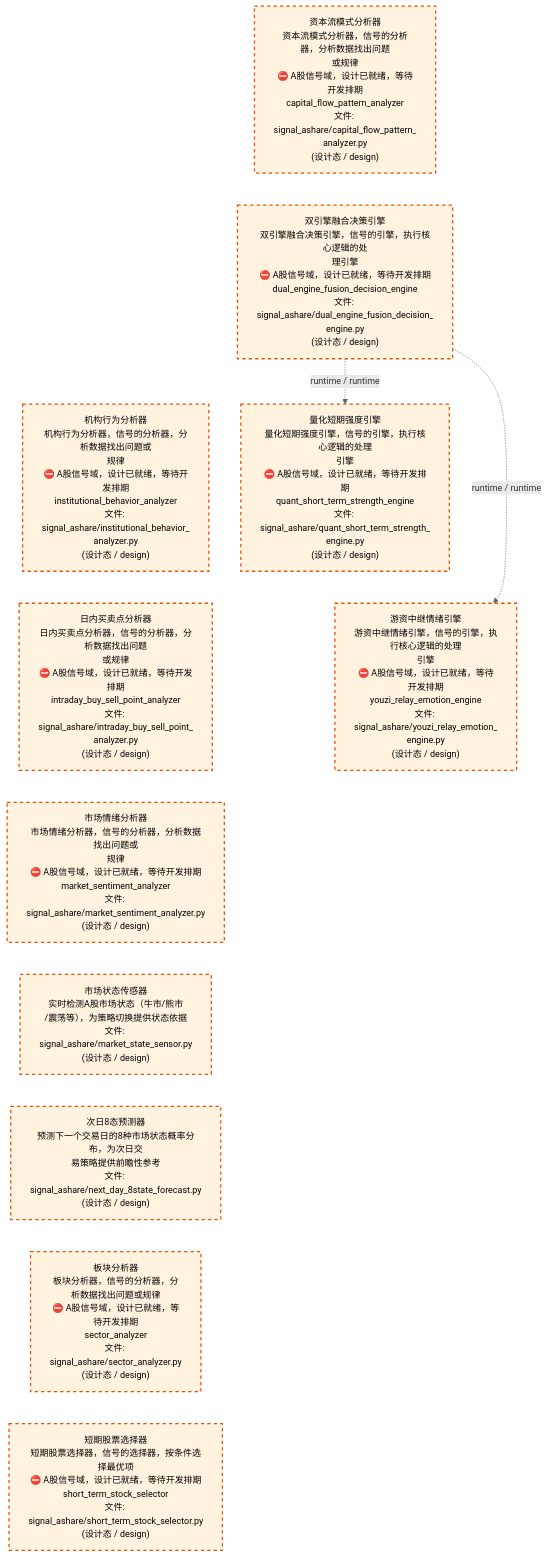
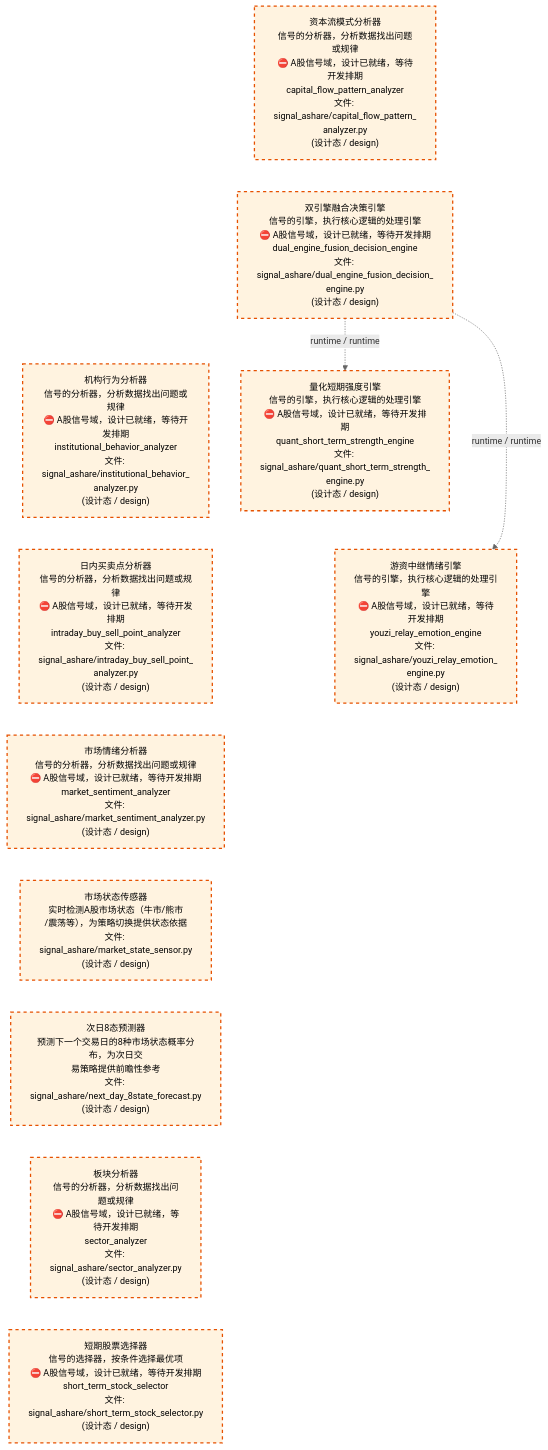
One commit to xuanFelixVan/ZephyrAlpha changed the third of 4 diagrams in docs/02_enterprise_architecture/02_domain_architecture_docs/32_d_ashare_signal.md. Above: the diagram before and after it, drawn with Mermaid. The commit also changed other lines of this file and 60 other files, not shown here.

````diff
--- a/docs/02_enterprise_architecture/02_domain_architecture_docs/32_d_ashare_signal.md
+++ b/docs/02_enterprise_architecture/02_domain_architecture_docs/32_d_ashare_signal.md
@@ -134,31 +134,31 @@
 ```mermaid
 %%{init: {'theme': 'base', 'themeVariables': {'primaryColor': '#eaeaea', 'primaryTextColor': '#333333', 'primaryBorderColor': '#666666', 'lineColor': '#666666', 'secondaryColor': '#eaeaea', 'tertiaryColor': '#eaeaea', 'fontSize': '14px'}}}%%
 flowchart TD
-    src_zephyr_signal_ashare_capital_flow_pattern_analyzer_py["资本流模式分析器<br/>资本流模式分析器，信号的分析器，分析数据找出问题<br/>或规律<br/>⛔ A股信号域，设计已就绪，等待开发排期<br/>capital_flow_pattern_analyzer<br/>文件: signal_ashare/capital_flow_pattern_<br/>analyzer.py<br/>(设计态 / design)"]
-    src_zephyr_signal_ashare_dual_engine_fusion_decision_engine_py["双引擎融合决策引擎<br/>双引擎融合决策引擎，信号的引擎，执行核心逻辑的处<br/>理引擎<br/>⛔ A股信号域，设计已就绪，等待开发排期<br/>dual_engine_fusion_decision_engine<br/>文件: signal_ashare/dual_engine_fusion_decision_<br/>engine.py<br/>(设计态 / design)"]
-    src_zephyr_signal_ashare_institutional_behavior_analyzer_py["机构行为分析器<br/>机构行为分析器，信号的分析器，分析数据找出问题或<br/>规律<br/>⛔ A股信号域，设计已就绪，等待开发排期<br/>institutional_behavior_analyzer<br/>文件: signal_ashare/institutional_behavior_<br/>analyzer.py<br/>(设计态 / design)"]
-    src_zephyr_signal_ashare_intraday_buy_sell_point_analyzer_py["日内买卖点分析器<br/>日内买卖点分析器，信号的分析器，分析数据找出问题<br/>或规律<br/>⛔ A股信号域，设计已就绪，等待开发排期<br/>intraday_buy_sell_point_analyzer<br/>文件: signal_ashare/intraday_buy_sell_point_<br/>analyzer.py<br/>(设计态 / design)"]
-    src_zephyr_signal_ashare_market_sentiment_analyzer_py["市场情绪分析器<br/>市场情绪分析器，信号的分析器，分析数据找出问题或<br/>规律<br/>⛔ A股信号域，设计已就绪，等待开发排期<br/>market_sentiment_analyzer<br/>文件: signal_ashare/market_sentiment_analyzer.py<br/>(设计态 / design)"]
+    src_zephyr_signal_ashare_capital_flow_pattern_analyzer_py["资本流模式分析器<br/>信号的分析器，分析数据找出问题或规律<br/>⛔ A股信号域，设计已就绪，等待开发排期<br/>capital_flow_pattern_analyzer<br/>文件: signal_ashare/capital_flow_pattern_<br/>analyzer.py<br/>(设计态 / design)"]
+    src_zephyr_signal_ashare_dual_engine_fusion_decision_engine_py["双引擎融合决策引擎<br/>信号的引擎，执行核心逻辑的处理引擎<br/>⛔ A股信号域，设计已就绪，等待开发排期<br/>dual_engine_fusion_decision_engine<br/>文件: signal_ashare/dual_engine_fusion_decision_<br/>engine.py<br/>(设计态 / design)"]
+    src_zephyr_signal_ashare_institutional_behavior_analyzer_py["机构行为分析器<br/>信号的分析器，分析数据找出问题或规律<br/>⛔ A股信号域，设计已就绪，等待开发排期<br/>institutional_behavior_analyzer<br/>文件: signal_ashare/institutional_behavior_<br/>analyzer.py<br/>(设计态 / design)"]
+    src_zephyr_signal_ashare_intraday_buy_sell_point_analyzer_py["日内买卖点分析器<br/>信号的分析器，分析数据找出问题或规律<br/>⛔ A股信号域，设计已就绪，等待开发排期<br/>intraday_buy_sell_point_analyzer<br/>文件: signal_ashare/intraday_buy_sell_point_<br/>analyzer.py<br/>(设计态 / design)"]
+    src_zephyr_signal_ashare_market_sentiment_analyzer_py["市场情绪分析器<br/>信号的分析器，分析数据找出问题或规律<br/>⛔ A股信号域，设计已就绪，等待开发排期<br/>market_sentiment_analyzer<br/>文件: signal_ashare/market_sentiment_analyzer.py<br/>(设计态 / design)"]
     src_zephyr_signal_ashare_market_state_sensor_py["市场状态传感器<br/>实时检测A股市场状态（牛市/熊市<br/>/震荡等），为策略切换提供状态依据<br/>文件: signal_ashare/market_state_sensor.py<br/>(设计态 / design)"]
     src_zephyr_signal_ashare_next_day_8state_forecast_py["次日8态预测器<br/>预测下一个交易日的8种市场状态概率分布，为次日交<br/>易策略提供前瞻性参考<br/>文件: signal_ashare/next_day_8state_forecast.py<br/>(设计态 / design)"]
-    src_zephyr_signal_ashare_sector_analyzer_py["板块分析器<br/>板块分析器，信号的分析器，分析数据找出问题或规律<br/>⛔ A股信号域，设计已就绪，等待开发排期<br/>sector_analyzer<br/>文件: signal_ashare/sector_analyzer.py<br/>(设计态 / design)"]
-    src_zephyr_signal_ashare_short_term_stock_selector_py["短期股票选择器<br/>短期股票选择器，信号的选择器，按条件选择最优项<br/>⛔ A股信号域，设计已就绪，等待开发排期<br/>short_term_stock_selector<br/>文件: signal_ashare/short_term_stock_selector.py<br/>(设计态 / design)"]
+    src_zephyr_signal_ashare_sector_analyzer_py["板块分析器<br/>信号的分析器，分析数据找出问题或规律<br/>⛔ A股信号域，设计已就绪，等待开发排期<br/>sector_analyzer<br/>文件: signal_ashare/sector_analyzer.py<br/>(设计态 / design)"]
+    src_zephyr_signal_ashare_short_term_stock_selector_py["短期股票选择器<br/>信号的选择器，按条件选择最优项<br/>⛔ A股信号域，设计已就绪，等待开发排期<br/>short_term_stock_selector<br/>文件: signal_ashare/short_term_stock_selector.py<br/>(设计态 / design)"]
     src_zephyr_signal_ashare_capital_flow_pattern_analyzer_py ~~~ src_zephyr_signal_ashare_dual_engine_fusion_decision_engine_py
     src_zephyr_signal_ashare_dual_engine_fusion_decision_engine_py ~~~ src_zephyr_signal_ashare_institutional_behavior_analyzer_py
     src_zephyr_signal_ashare_institutional_behavior_analyzer_py ~~~ src_zephyr_signal_ashare_intraday_buy_sell_point_analyzer_py
     src_zephyr_signal_ashare_intraday_buy_sell_point_analyzer_py ~~~ src_zephyr_signal_ashare_market_sentiment_analyzer_py
     src_zephyr_signal_ashare_market_sentiment_analyzer_py ~~~ src_zephyr_signal_ashare_market_state_sensor_py
     src_zephyr_signal_ashare_market_state_sensor_py ~~~ src_zephyr_signal_ashare_next_day_8state_forecast_py
     src_zephyr_signal_ashare_next_day_8state_forecast_py ~~~ src_zephyr_signal_ashare_sector_analyzer_py
     src_zephyr_signal_ashare_sector_analyzer_py ~~~ src_zephyr_signal_ashare_short_term_stock_selector_py
-    src_zephyr_signal_ashare_quant_short_term_strength_engine_py["量化短期强度引擎<br/>量化短期强度引擎，信号的引擎，执行核心逻辑的处理<br/>引擎<br/>⛔ A股信号域，设计已就绪，等待开发排期<br/>quant_short_term_strength_engine<br/>文件: signal_ashare/quant_short_term_strength_<br/>engine.py<br/>(设计态 / design)"]
-    src_zephyr_signal_ashare_youzi_relay_emotion_engine_py["游资中继情绪引擎<br/>游资中继情绪引擎，信号的引擎，执行核心逻辑的处理<br/>引擎<br/>⛔ A股信号域，设计已就绪，等待开发排期<br/>youzi_relay_emotion_engine<br/>文件: signal_ashare/youzi_relay_emotion_<br/>engine.py<br/>(设计态 / design)"]
+    src_zephyr_signal_ashare_quant_short_term_strength_engine_py["量化短期强度引擎<br/>信号的引擎，执行核心逻辑的处理引擎<br/>⛔ A股信号域，设计已就绪，等待开发排期<br/>quant_short_term_strength_engine<br/>文件: signal_ashare/quant_short_term_strength_<br/>engine.py<br/>(设计态 / design)"]
+    src_zephyr_signal_ashare_youzi_relay_emotion_engine_py["游资中继情绪引擎<br/>信号的引擎，执行核心逻辑的处理引擎<br/>⛔ A股信号域，设计已就绪，等待开发排期<br/>youzi_relay_emotion_engine<br/>文件: signal_ashare/youzi_relay_emotion_<br/>engine.py<br/>(设计态 / design)"]
     src_zephyr_signal_ashare_quant_short_term_strength_engine_py ~~~ src_zephyr_signal_ashare_youzi_relay_emotion_engine_py
     src_zephyr_signal_ashare_dual_engine_fusion_decision_engine_py -.->|runtime / runtime| src_zephyr_signal_ashare_youzi_relay_emotion_engine_py
     src_zephyr_signal_ashare_dual_engine_fusion_decision_engine_py -.->|runtime / runtime| src_zephyr_signal_ashare_quant_short_term_strength_engine_py
     classDef production fill:#e1f5fe,stroke:#01579b,stroke-width:2px,color:#000
     classDef design fill:#fff3e0,stroke:#e65100,stroke-width:2px,color:#000,stroke-dasharray: 5 5
     classDef external_prod fill:#e8f4fd,stroke:#0277bd,stroke-width:1px,color:#000
     classDef external_design fill:#fff8e7,stroke:#ef6c00,stroke-width:1px,color:#000,stroke-dasharray: 5 5
     class src_zephyr_signal_ashare_capital_flow_pattern_analyzer_py,src_zephyr_signal_ashare_dual_engine_fusion_decision_engine_py,src_zephyr_signal_ashare_institutional_behavior_analyzer_py,src_zephyr_signal_ashare_intraday_buy_sell_point_analyzer_py,src_zephyr_signal_ashare_market_sentiment_analyzer_py,src_zephyr_signal_ashare_market_state_sensor_py,src_zephyr_signal_ashare_next_day_8state_forecast_py,src_zephyr_signal_ashare_quant_short_term_strength_engine_py,src_zephyr_signal_ashare_sector_analyzer_py,src_zephyr_signal_ashare_short_term_stock_selector_py,src_zephyr_signal_ashare_youzi_relay_emotion_engine_py design
 ```
````
